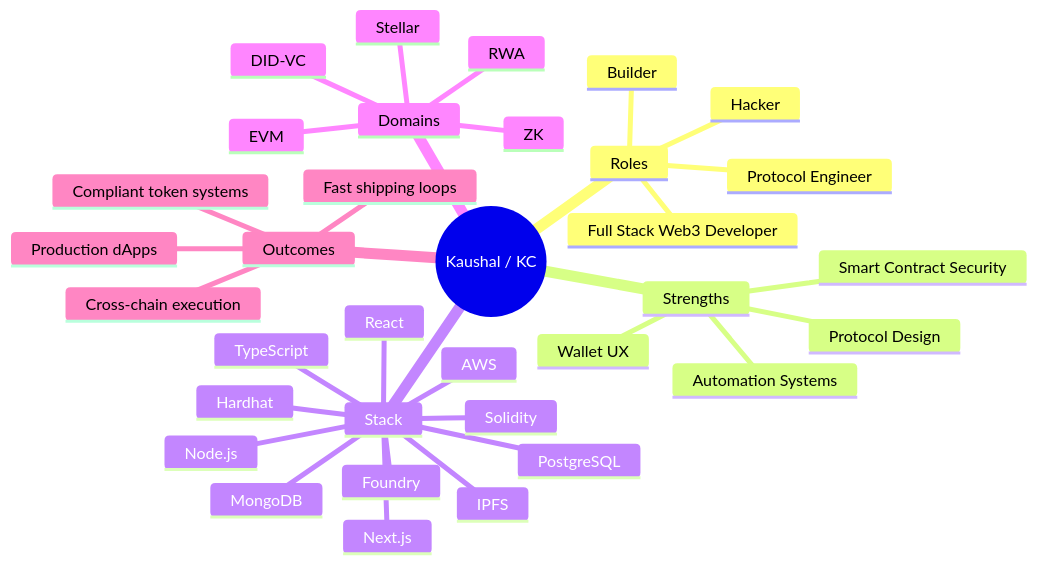
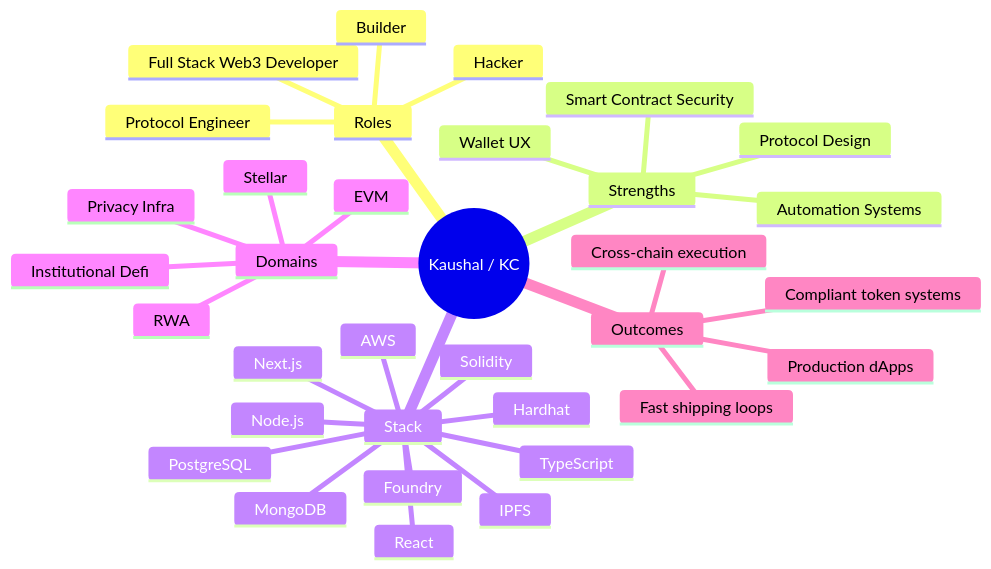
Before and after one commit to kaushalya4s5s7/kaushalya4s5s7: the diagram in README.md, drawn with Mermaid.

````diff
--- a/README.md
+++ b/README.md
@@ -81,37 +81,37 @@
 ```mermaid
 mindmap
   root((Kaushal / KC))
     Roles
       Full Stack Web3 Developer
       Protocol Engineer
       Hacker
       Builder
     Strengths
       Smart Contract Security
       Wallet UX
       Protocol Design
       Automation Systems
     Stack
       React
       Next.js
       TypeScript
       Solidity
       Hardhat
       Foundry
       Node.js
       MongoDB
       PostgreSQL
       AWS
       IPFS
     Domains
       EVM
       Stellar
       RWA
-      DID-VC
-      ZK
+      Institutional Defi
+      Privacy Infra
     Outcomes
       Production dApps
       Compliant token systems
       Cross-chain execution
       Fast shipping loops
 ``` 
````
